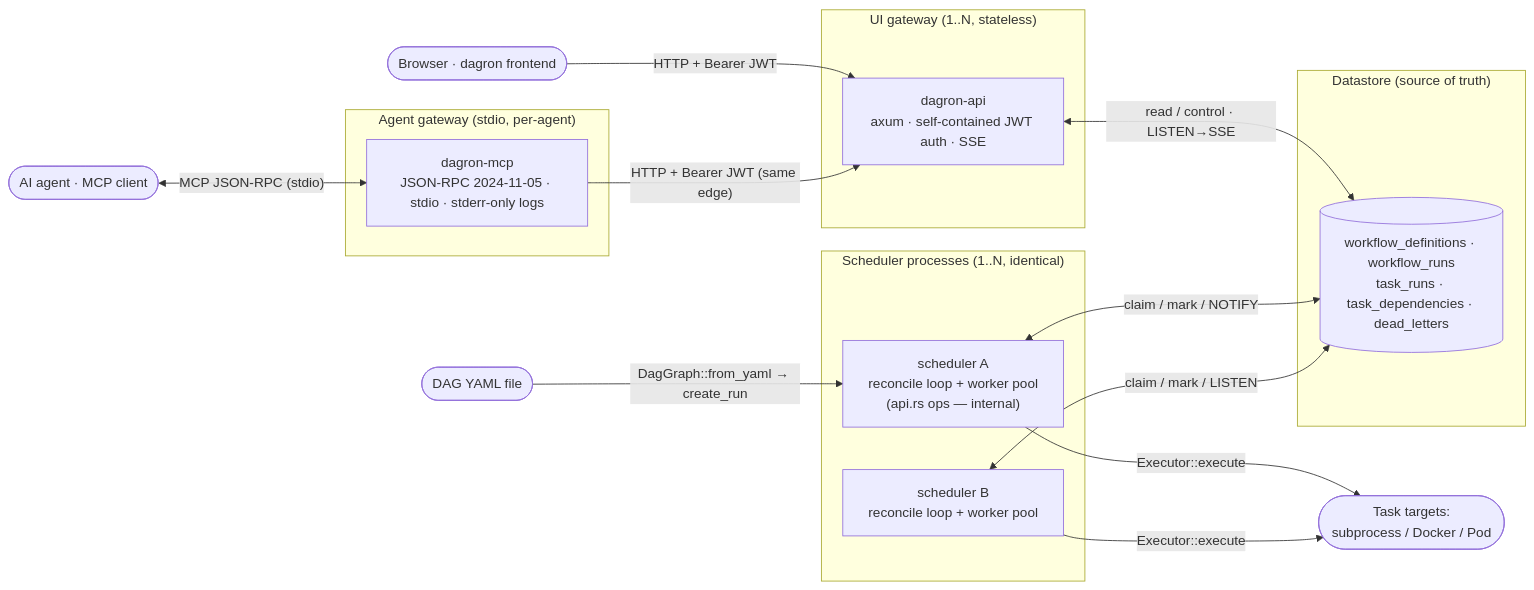
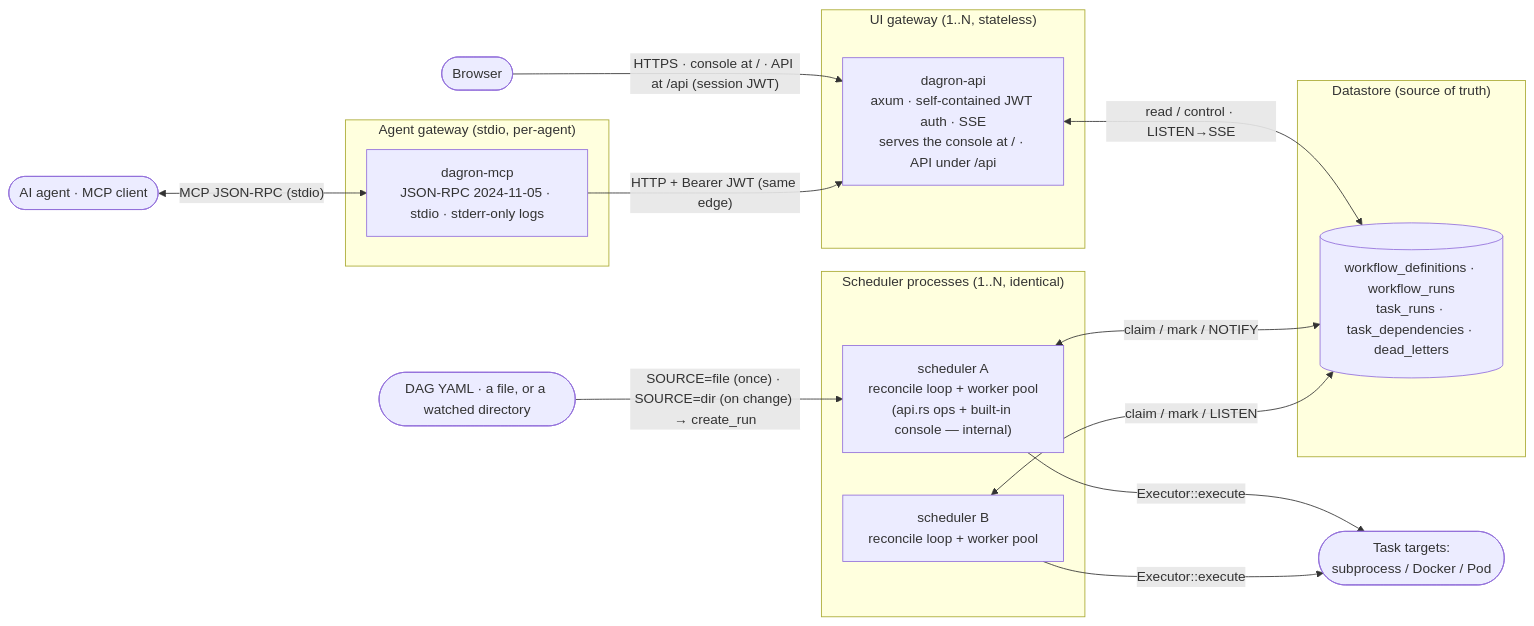
One commit to lucheeseng827/dagron changed the first of 14 diagrams in docs/ARCHITECTURE.md. Above: the diagram before and after it, drawn with Mermaid. The commit also changed other lines of this file and 198 other files, not shown here.

````diff
--- a/docs/ARCHITECTURE.md
+++ b/docs/ARCHITECTURE.md
@@ -28,30 +28,30 @@
 ```mermaid
 flowchart LR
-    yaml([DAG YAML file])
-    browser([Browser · dagron frontend])
+    yaml([DAG YAML · a file, or a watched directory])
+    browser([Browser])
     agent([AI agent · MCP client])
     subgraph edge["UI gateway (1..N, stateless)"]
-        gw["dagron-api<br/>axum · self-contained JWT auth · SSE"]
+        gw["dagron-api<br/>axum · self-contained JWT auth · SSE<br/>serves the console at / · API under /api"]
     end
     subgraph mcp["Agent gateway (stdio, per-agent)"]
         mc["dagron-mcp<br/>JSON-RPC 2024-11-05 · stdio · stderr-only logs"]
     end
     subgraph schedulers["Scheduler processes (1..N, identical)"]
-        s1["scheduler A<br/>reconcile loop + worker pool<br/>(api.rs ops — internal)"]
+        s1["scheduler A<br/>reconcile loop + worker pool<br/>(api.rs ops + built-in console — internal)"]
         s2["scheduler B<br/>reconcile loop + worker pool"]
     end
     subgraph store["Datastore (source of truth)"]
         db[("workflow_definitions · workflow_runs<br/>task_runs · task_dependencies · dead_letters")]
     end
     targets([Task targets:<br/>subprocess / Docker / Pod])
 
-    yaml -->|"DagGraph::from_yaml → create_run"| s1
-    browser -->|"HTTP + Bearer JWT"| gw
+    yaml -->|"SOURCE=file (once) · SOURCE=dir (on change) → create_run"| s1
+    browser -->|"HTTPS · console at / · API at /api (session JWT)"| gw
     agent <-->|"MCP JSON-RPC (stdio)"| mc
     mc -->|"HTTP + Bearer JWT (same edge)"| gw
     gw <-->|"read / control · LISTEN→SSE"| db
     s1 <-->|"claim / mark / NOTIFY"| db
     s2 <-->|"claim / mark / LISTEN"| db
     s1 -->|"Executor::execute"| targets
     s2 -->|"Executor::execute"| targets
 ```
````
